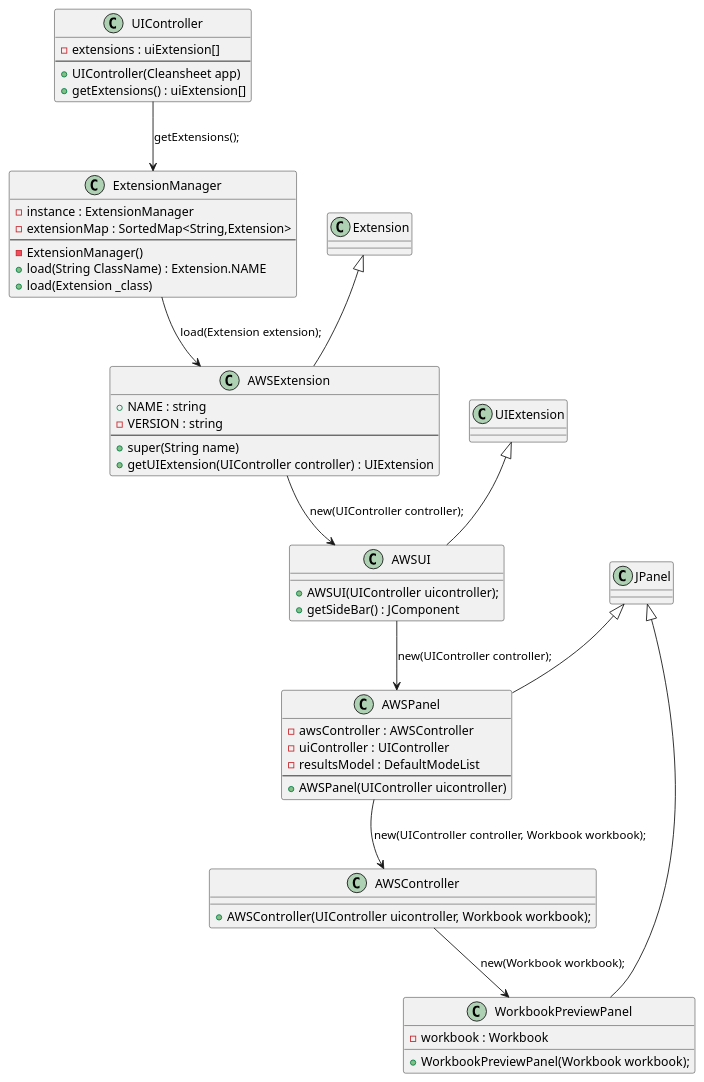
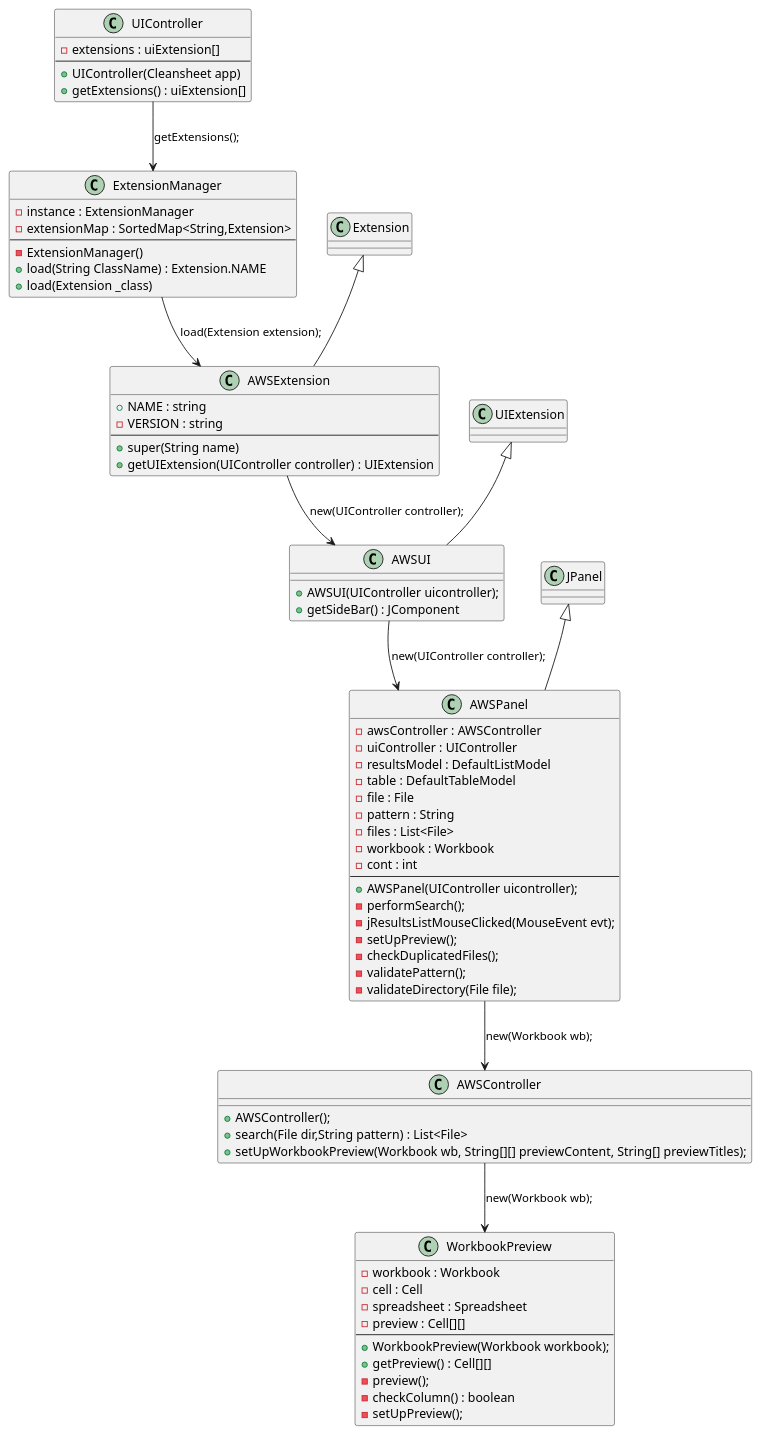
One commit to RubenTeixeira/cleansheets_isep_2dg_2016 changed the diagram in src/main/java/csheets/worklog/n1130383/sprint3/ipc02.2_Class_Diagram.puml. Above: the diagram before and after it, drawn with PlantUML. The commit also changed 5 other files, not shown here.

```diff
--- a/src/main/java/csheets/worklog/n1130383/sprint3/ipc02.2_Class_Diagram.puml
+++ b/src/main/java/csheets/worklog/n1130383/sprint3/ipc02.2_Class_Diagram.puml
@@ -1,76 +1,95 @@
  @startuml doc-files/ipc02.2_class_diagram.png
 
 class UIController {
 	-extensions : uiExtension[]
 	--
 	+UIController(Cleansheet app)
 	+getExtensions() : uiExtension[]
 }
 
 class ExtensionManager {
 	-instance : ExtensionManager
 	-extensionMap : SortedMap<String,Extension>
 	--
 	-ExtensionManager()
 	+load(String ClassName) : Extension.NAME
 	+load(Extension _class)
 }
 
 class Extension{
 }
 
 class AWSExtension{
 	+NAME : string
 	-VERSION : string
 	--
 	+super(String name)
 	+getUIExtension(UIController controller) : UIExtension
 }
 
 class UIExtension{
 }
 
 class AWSUI{
 	+AWSUI(UIController uicontroller);
 	+getSideBar() : JComponent
 }
 
 class JPanel{
 }
 
 class AWSPanel{
 	-awsController : AWSController
 	-uiController : UIController
-	-resultsModel : DefaultModeList
+	-resultsModel : DefaultListModel
+	-table : DefaultTableModel
+	-file : File
+	-pattern : String
+	-files : List<File>
+	-workbook : Workbook
+	-cont : int
 	--
-	+AWSPanel(UIController uicontroller)
+	+AWSPanel(UIController uicontroller);
+	-performSearch();
+	-jResultsListMouseClicked(MouseEvent evt);
+	-setUpPreview();
+	-checkDuplicatedFiles();
+	-validatePattern();
+	-validateDirectory(File file);
 }
 
 
 class AWSController{
-
-	+AWSController(UIController uicontroller, Workbook workbook);
-
+	+AWSController();
+	+search(File dir,String pattern) : List<File>
+	+setUpWorkbookPreview(Workbook wb, String[][] previewContent, String[] previewTitles);
 }
 
-class WorkbookPreviewPanel{
+class WorkbookPreview{
 	-workbook : Workbook
-	+WorkbookPreviewPanel(Workbook workbook);
+	-cell : Cell
+	-spreadsheet : Spreadsheet
+	-preview : Cell[][]
+	--
+	+WorkbookPreview(Workbook workbook);
+	+getPreview() : Cell[][]
+	-preview();
+	-checkColumn() : boolean
+	-setUpPreview();
 }
 
 
 
 
 JPanel <|-- AWSPanel
 Extension <|-- AWSExtension
 UIExtension <|-- AWSUI
-JPanel <|-- WorkbookPreviewPanel
 
 UIController --> ExtensionManager : getExtensions();
 ExtensionManager --> AWSExtension : load(Extension extension);
 AWSExtension --> AWSUI : new(UIController controller);
 AWSUI --> AWSPanel : new(UIController controller);
-AWSPanel --> AWSController : new(UIController controller, Workbook workbook);
-AWSController --> WorkbookPreviewPanel : new(Workbook workbook);
+AWSPanel --> AWSController : new(Workbook wb);
+AWSController --> WorkbookPreview : new(Workbook wb);
 
   @enduml
```
